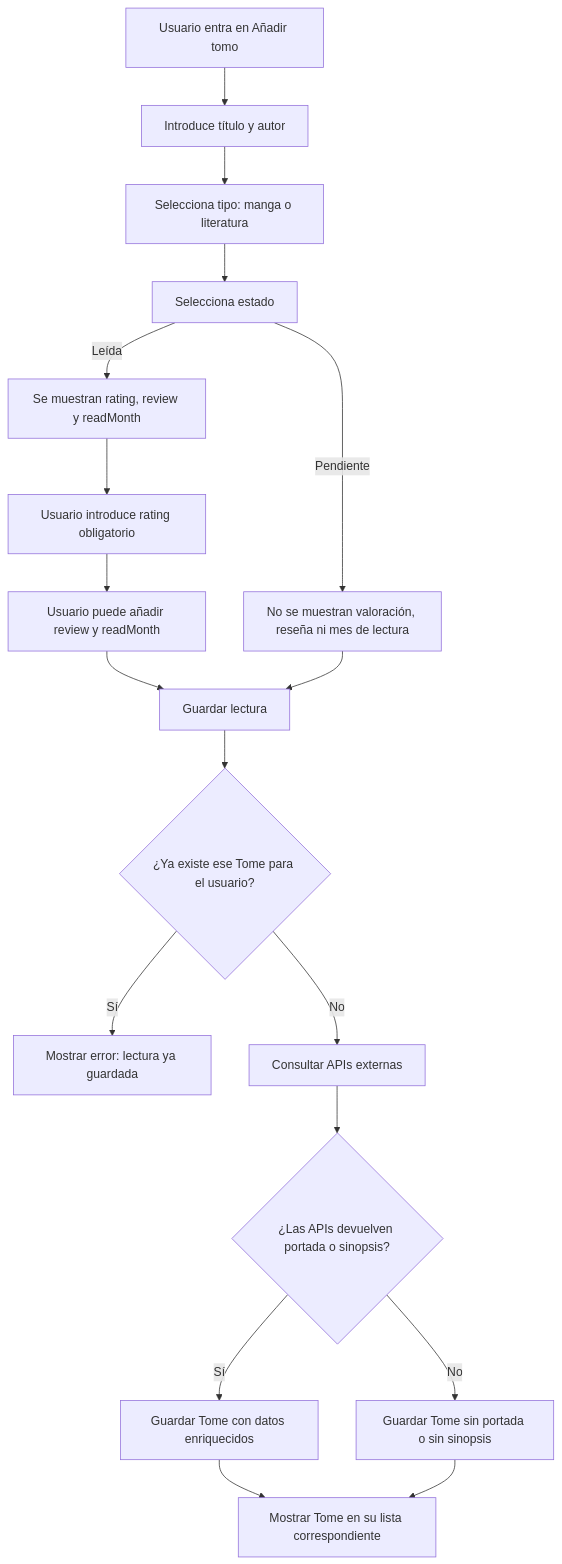
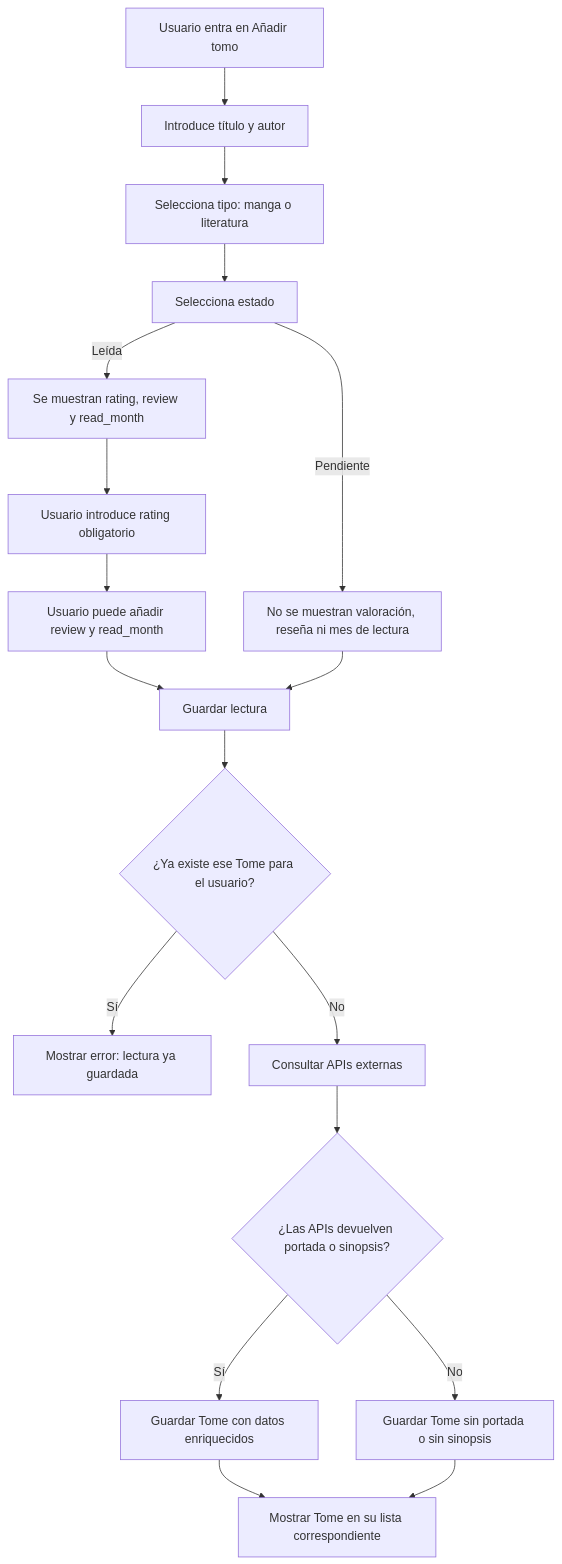
Before and after one commit to MateosEsther/TomoList: the third of 4 diagrams in docs/modelo-datos.md, drawn with Mermaid. The commit also changed other lines of this file and 1 other file, not shown here.

````diff
--- a/docs/modelo-datos.md
+++ b/docs/modelo-datos.md
@@ -208,26 +208,26 @@
 ```mermaid
 flowchart TD
     A[Usuario entra en Añadir tomo] --> B[Introduce título y autor]
     B --> C[Selecciona tipo: manga o literatura]
     C --> D[Selecciona estado]
 
     D -->|Pendiente| E[No se muestran valoración, reseña ni mes de lectura]
-    D -->|Leída| F[Se muestran rating, review y readMonth]
+    D -->|Leída| F[Se muestran rating, review y read_month]
 
     F --> G[Usuario introduce rating obligatorio]
-    G --> H[Usuario puede añadir review y readMonth]
+    G --> H[Usuario puede añadir review y read_month]
     H --> I[Guardar lectura]
 
     E --> I[Guardar lectura]
 
     I --> J{¿Ya existe ese Tome para el usuario?}
     J -->|Sí| K[Mostrar error: lectura ya guardada]
     J -->|No| L[Consultar APIs externas]
 
     L --> M{¿Las APIs devuelven portada o sinopsis?}
     M -->|Sí| N[Guardar Tome con datos enriquecidos]
     M -->|No| O[Guardar Tome sin portada o sin sinopsis]
 
     N --> P[Mostrar Tome en su lista correspondiente]
     O --> P
 ```
````
